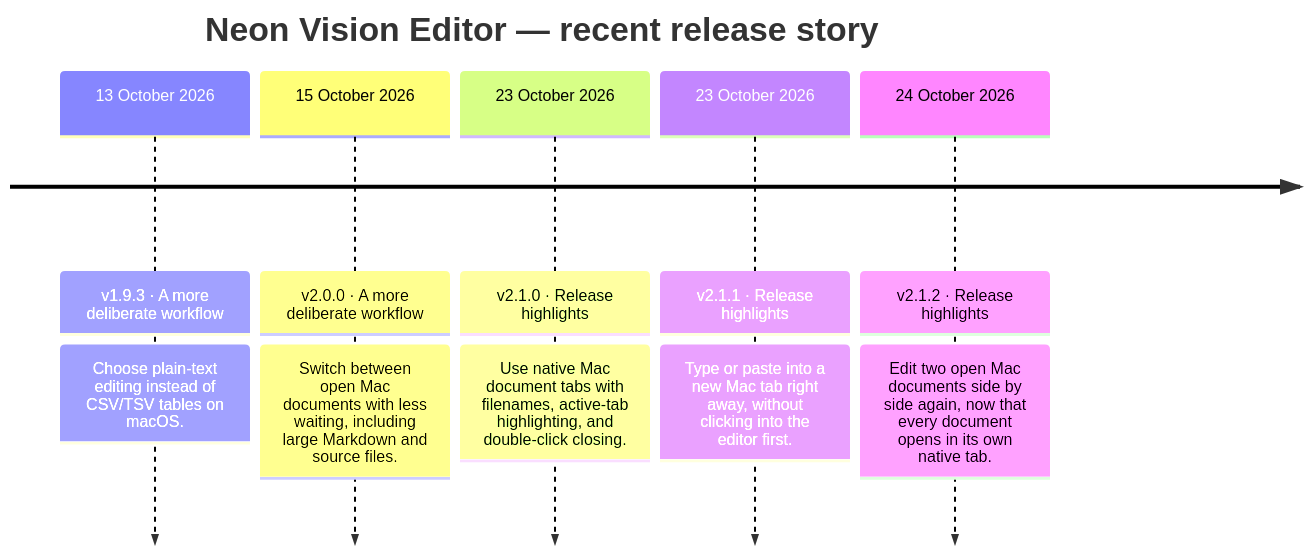
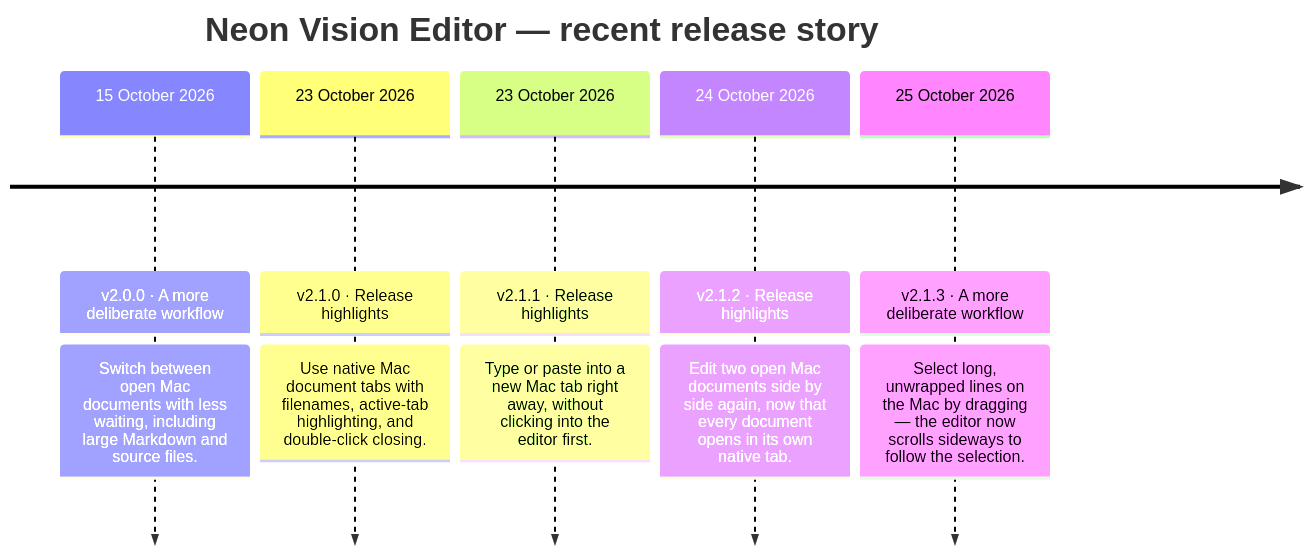
One commit to h3pdesign/Neon-Vision-Editor changed the diagram in README.md. Above: the diagram before and after it, drawn with Mermaid. The commit also changed other lines of this file and 9 other files, not shown here.

````diff
--- a/README.md
+++ b/README.md
@@ -759,14 +757,14 @@
 ```mermaid
 timeline
     title Neon Vision Editor — recent release story
-    13 October 2026 : v1.9.3 · A more deliberate workflow
-                : Choose plain-text editing instead of CSV/TSV tables on macOS.
     15 October 2026 : v2.0.0 · A more deliberate workflow
                 : Switch between open Mac documents with less waiting, including large Markdown and source files.
     23 October 2026 : v2.1.0 · Release highlights
                 : Use native Mac document tabs with filenames, active-tab highlighting, and double-click closing.
     23 October 2026 : v2.1.1 · Release highlights
                 : Type or paste into a new Mac tab right away, without clicking into the editor first.
     24 October 2026 : v2.1.2 · Release highlights
                 : Edit two open Mac documents side by side again, now that every document opens in its own native tab.
+    25 October 2026 : v2.1.3 · A more deliberate workflow
+                : Select long, unwrapped lines on the Mac by dragging — the editor now scrolls sideways to follow the selection.
 ```
````
